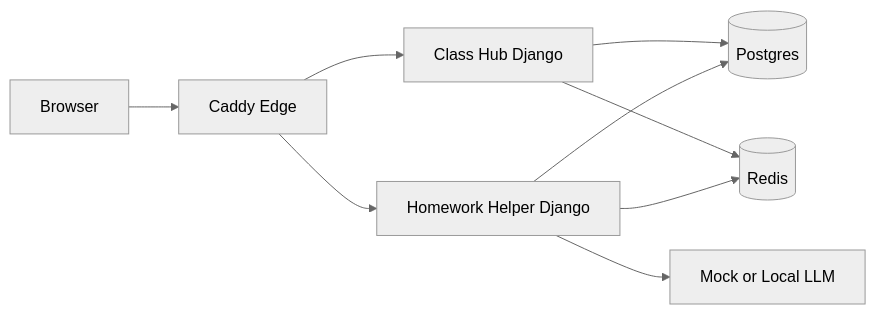
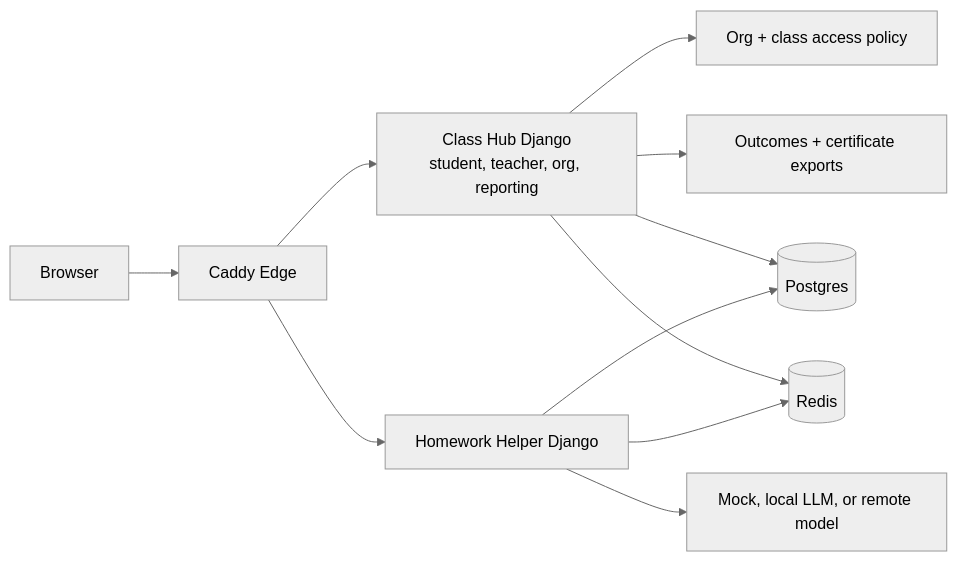
One commit to bseverns/classhub changed the diagram in press/architecture.md. Above: the diagram before and after it, drawn with Mermaid (neutral theme). The commit also changed 21 other files, not shown here.

````diff
--- a/press/architecture.md
+++ b/press/architecture.md
@@ -14,11 +14,13 @@
 ```mermaid
 flowchart LR
   U[Browser] --> C[Caddy Edge]
-  C --> CH[Class Hub Django]
+  C --> CH[Class Hub Django<br/>student, teacher, org, reporting]
   C --> HH[Homework Helper Django]
+  CH --> O[Org + class access policy]
+  CH --> RPT[Outcomes + certificate exports]
   CH --> PG[(Postgres)]
   CH --> R[(Redis)]
   HH --> PG
   HH --> R
-  HH --> LLM[Mock or Local LLM]
+  HH --> LLM[Mock, local LLM, or remote model]
 ```
````
